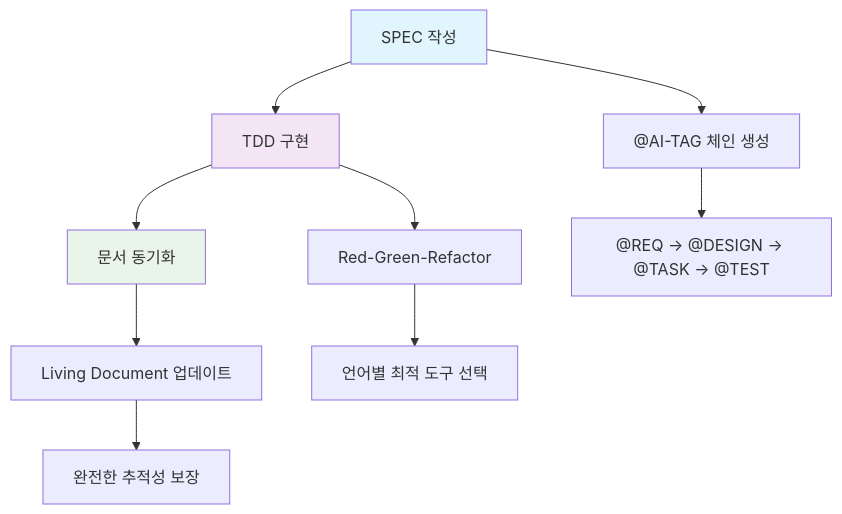
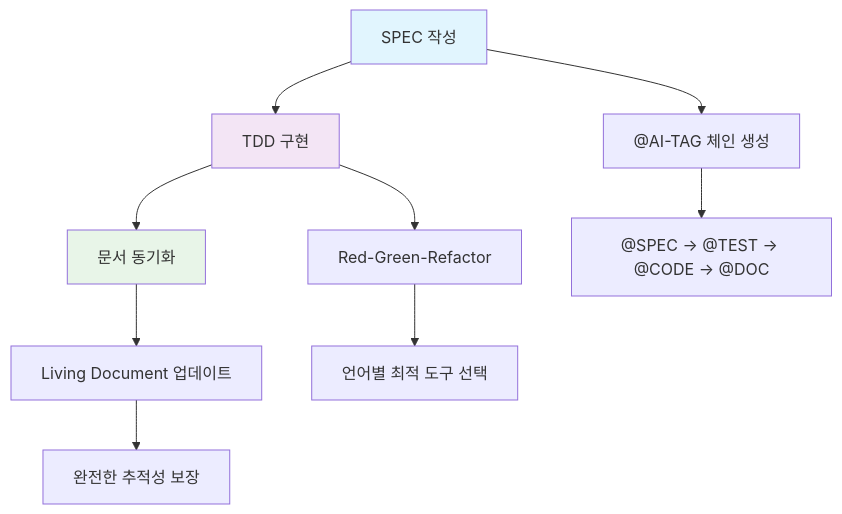
The first of 6 diagrams in README.md (modu-ai/moai-adk), drawn with Mermaid before and after one commit. The commit also changed other lines of this file and 16 other files, not shown here.

````diff
--- a/README.md
+++ b/README.md
@@ -27,15 +27,15 @@
 ```mermaid
 graph TB
     A[SPEC 작성] --> B[TDD 구현] --> C[문서 동기화]
     A --> D["@AI-TAG 체인 생성"]
     B --> E[Red-Green-Refactor]
     C --> F[Living Document 업데이트]
 
-    D --> G["@REQ → @DESIGN → @TASK → @TEST"]
+    D --> G["@SPEC → @TEST → @CODE → @DOC"]
     E --> H[언어별 최적 도구 선택]
     F --> I[완전한 추적성 보장]
 
     style A fill:#e1f5fe
     style B fill:#f3e5f5
     style C fill:#e8f5e8
 ```
````
